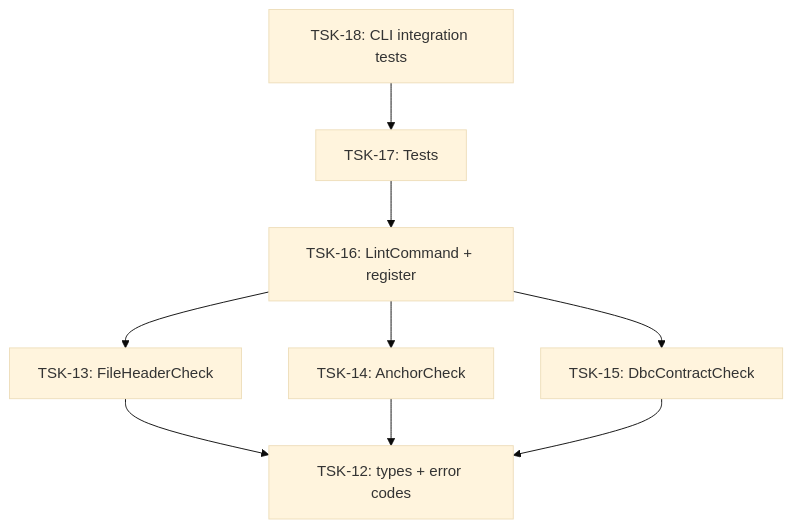
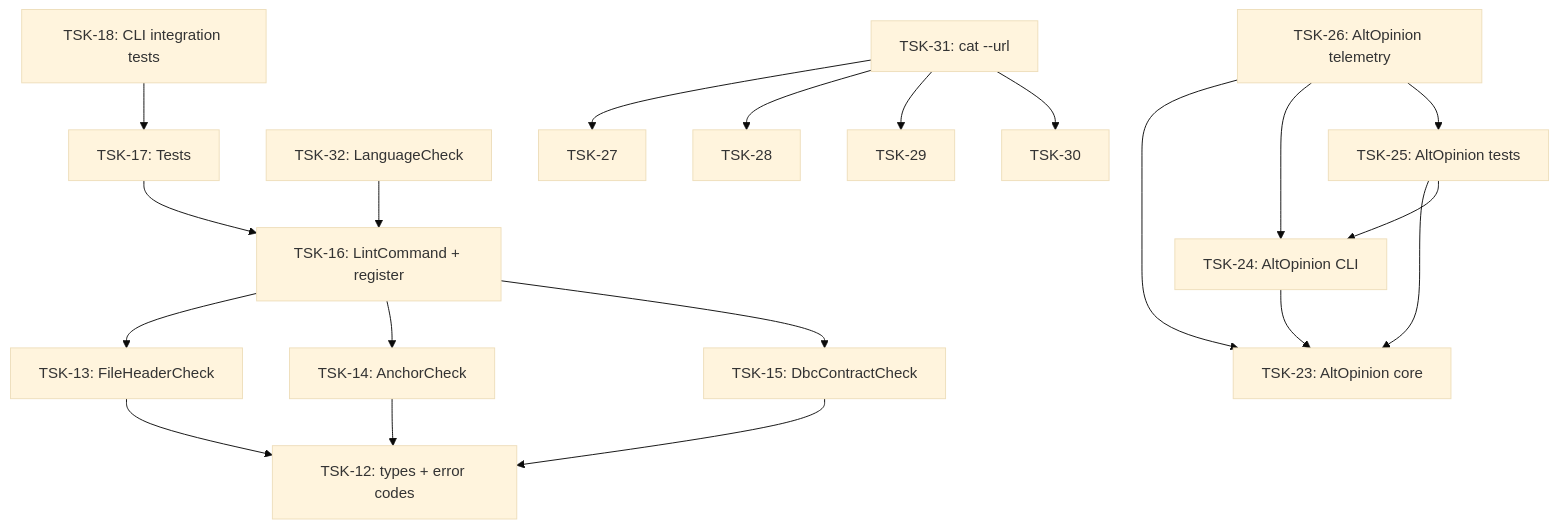
Before and after one commit to RubaXa/gennady: the diagram in tasks/cli/README.md, drawn with Mermaid (base theme). The commit also changed other lines of this file and 104 other files, not shown here.

First line of the commit message:
feat: alt-opinion cmd, cat URL handling, lint language check, VCS GitHub client + repository files

````diff
--- a/tasks/cli/README.md
+++ b/tasks/cli/README.md
@@ -29,18 +29,35 @@
 ```mermaid
 graph TD
     TSK-12[TSK-12: types + error codes]
     TSK-13[TSK-13: FileHeaderCheck]
     TSK-14[TSK-14: AnchorCheck]
     TSK-15[TSK-15: DbcContractCheck]
     TSK-16[TSK-16: LintCommand + register]
     TSK-17[TSK-17: Tests]
     TSK-13 --> TSK-12
     TSK-14 --> TSK-12
     TSK-15 --> TSK-12
     TSK-16 --> TSK-13
     TSK-16 --> TSK-14
     TSK-16 --> TSK-15
     TSK-17 --> TSK-16
     TSK-18[TSK-18: CLI integration tests]
     TSK-18 --> TSK-17
+    TSK-32[TSK-32: LanguageCheck]
+    TSK-32 --> TSK-16
+    TSK-23[TSK-23: AltOpinion core]
+    TSK-24[TSK-24: AltOpinion CLI]
+    TSK-25[TSK-25: AltOpinion tests]
+    TSK-24 --> TSK-23
+    TSK-25 --> TSK-23
+    TSK-25 --> TSK-24
+    TSK-26[TSK-26: AltOpinion telemetry]
+    TSK-26 --> TSK-23
+    TSK-26 --> TSK-24
+    TSK-26 --> TSK-25
+    TSK-31[TSK-31: cat --url]
+    TSK-31 --> TSK-27
+    TSK-31 --> TSK-28
+    TSK-31 --> TSK-29
+    TSK-31 --> TSK-30
 ```
````
